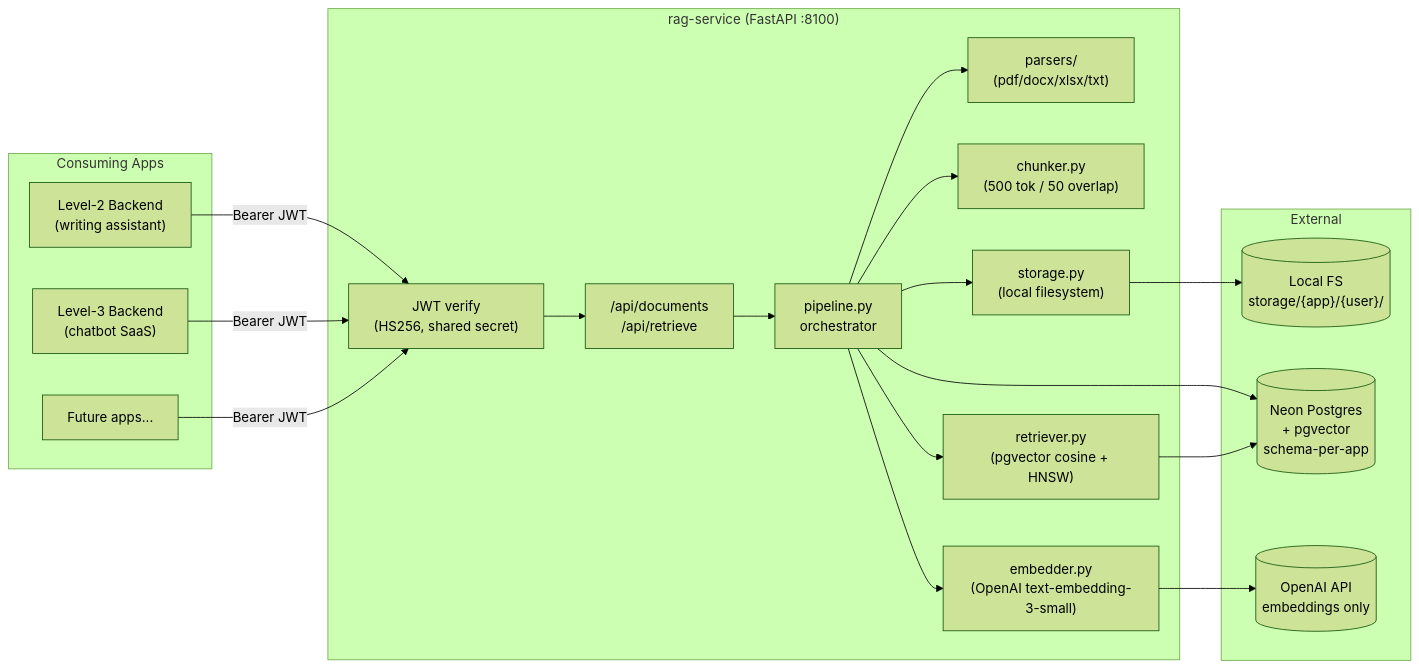
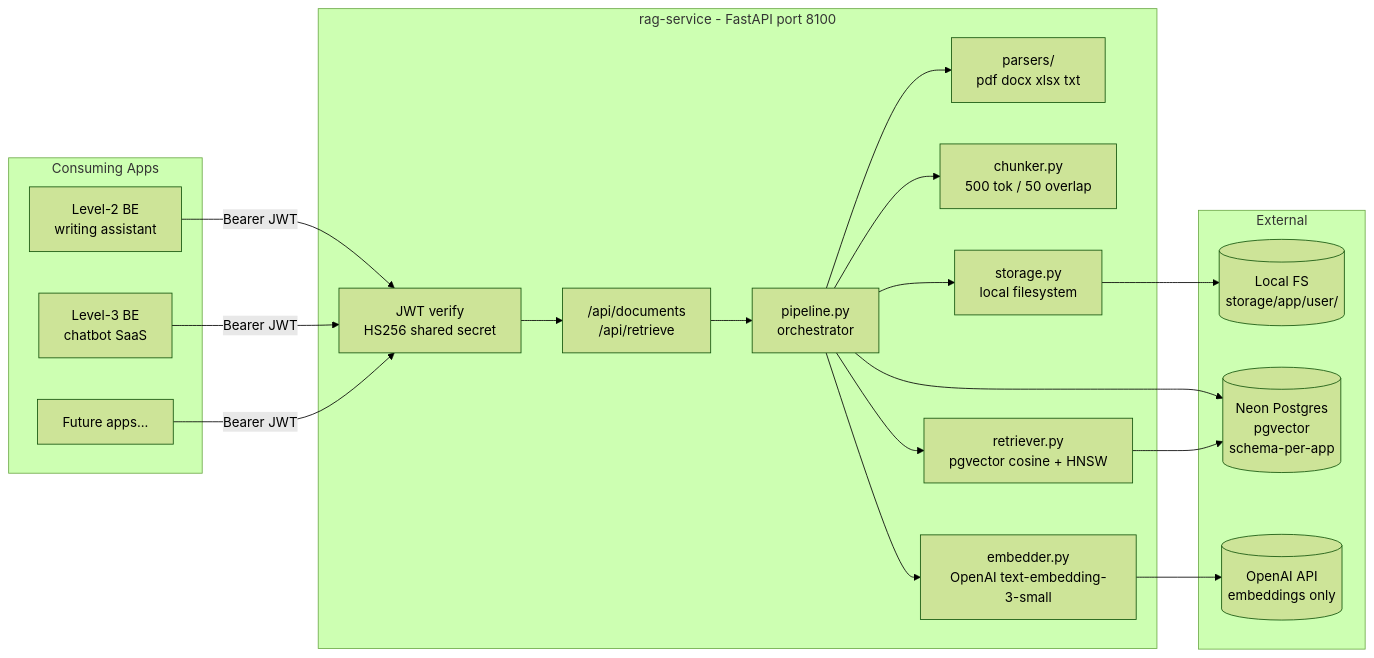
Before and after one commit to hiroimono/AI_Programming: the first of 4 diagrams in RAG-Service/ARCHITECTURE-AND-DECISIONS-EN.md, drawn with Mermaid (forest theme). The commit also changed other lines of this file and 1 other file, not shown here.

Commit message:
docs(rag-service): fix Mermaid rendering (escape special chars, simplify subgraph titles)

````diff
--- a/RAG-Service/ARCHITECTURE-AND-DECISIONS-EN.md
+++ b/RAG-Service/ARCHITECTURE-AND-DECISIONS-EN.md
@@ -32,40 +32,40 @@
 ```mermaid
 flowchart LR
-    subgraph "Consuming Apps"
-        L2BE["Level-2 Backend<br/>(writing assistant)"]
-        L3BE["Level-3 Backend<br/>(chatbot SaaS)"]
-        FUT["Future apps..."]
+    subgraph Apps[Consuming Apps]
+        L2BE[Level-2 BE<br/>writing assistant]
+        L3BE[Level-3 BE<br/>chatbot SaaS]
+        FUT[Future apps...]
     end
 
-    subgraph "rag-service (FastAPI :8100)"
-        AUTH["JWT verify<br/>(HS256, shared secret)"]
+    subgraph RAG[rag-service - FastAPI port 8100]
+        AUTH[JWT verify<br/>HS256 shared secret]
         API["/api/documents<br/>/api/retrieve"]
-        PIPE["pipeline.py<br/>orchestrator"]
-        PARSE["parsers/<br/>(pdf/docx/xlsx/txt)"]
-        CHUNK["chunker.py<br/>(500 tok / 50 overlap)"]
-        EMB["embedder.py<br/>(OpenAI text-embedding-3-small)"]
-        RET["retriever.py<br/>(pgvector cosine + HNSW)"]
-        STORE["storage.py<br/>(local filesystem)"]
+        PIPE[pipeline.py<br/>orchestrator]
+        PARSE[parsers/<br/>pdf docx xlsx txt]
+        CHUNK[chunker.py<br/>500 tok / 50 overlap]
+        EMB[embedder.py<br/>OpenAI text-embedding-3-small]
+        RET[retriever.py<br/>pgvector cosine + HNSW]
+        STORE[storage.py<br/>local filesystem]
     end
 
-    subgraph "External"
-        FS[("Local FS<br/>storage/{app}/{user}/")]
-        NEON[("Neon Postgres<br/>+ pgvector<br/>schema-per-app")]
-        OPENAI[("OpenAI API<br/>embeddings only")]
+    subgraph Ext[External]
+        FS[(Local FS<br/>storage/app/user/)]
+        NEON[(Neon Postgres<br/>pgvector<br/>schema-per-app)]
+        OPENAI[(OpenAI API<br/>embeddings only)]
     end
 
-    L2BE -- "Bearer JWT" --> AUTH
-    L3BE -- "Bearer JWT" --> AUTH
-    FUT  -- "Bearer JWT" --> AUTH
+    L2BE -- Bearer JWT --> AUTH
+    L3BE -- Bearer JWT --> AUTH
+    FUT  -- Bearer JWT --> AUTH
     AUTH --> API
     API --> PIPE
     PIPE --> PARSE
     PIPE --> CHUNK
     PIPE --> EMB
     PIPE --> RET
     PIPE --> STORE
     STORE --> FS
     PIPE --> NEON
     RET --> NEON
     EMB --> OPENAI
 ```
````
